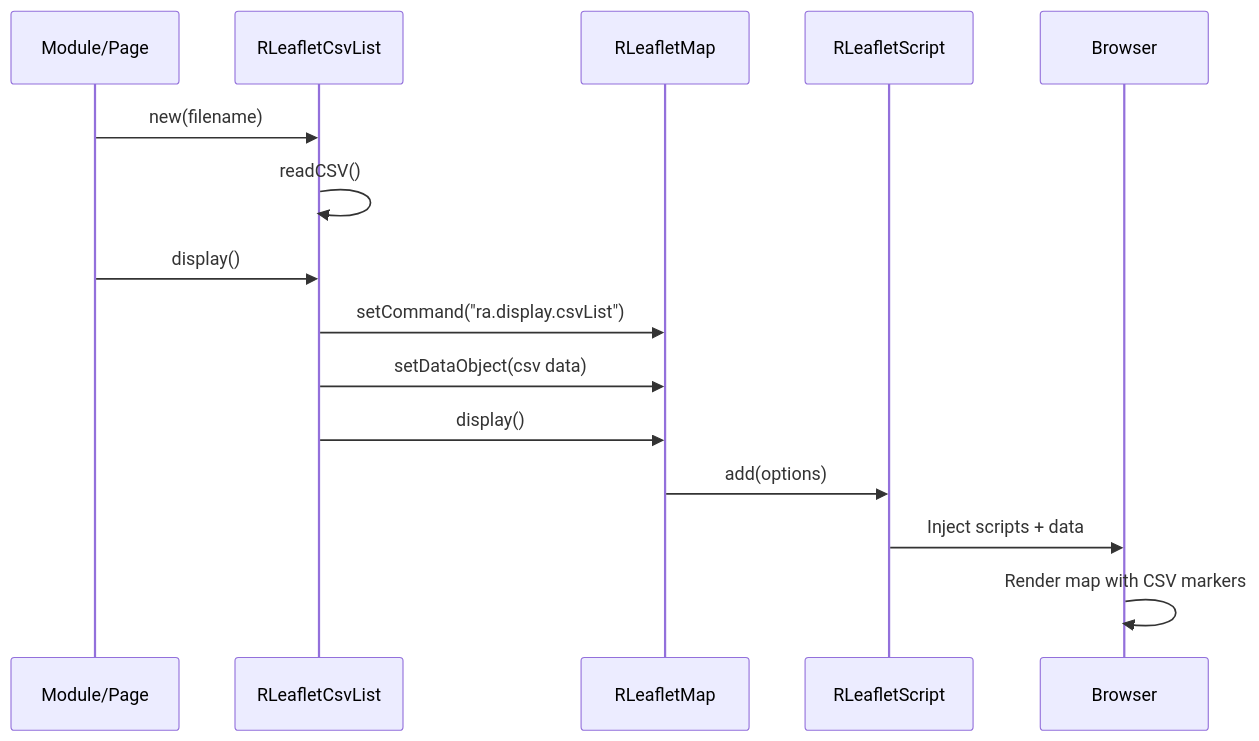
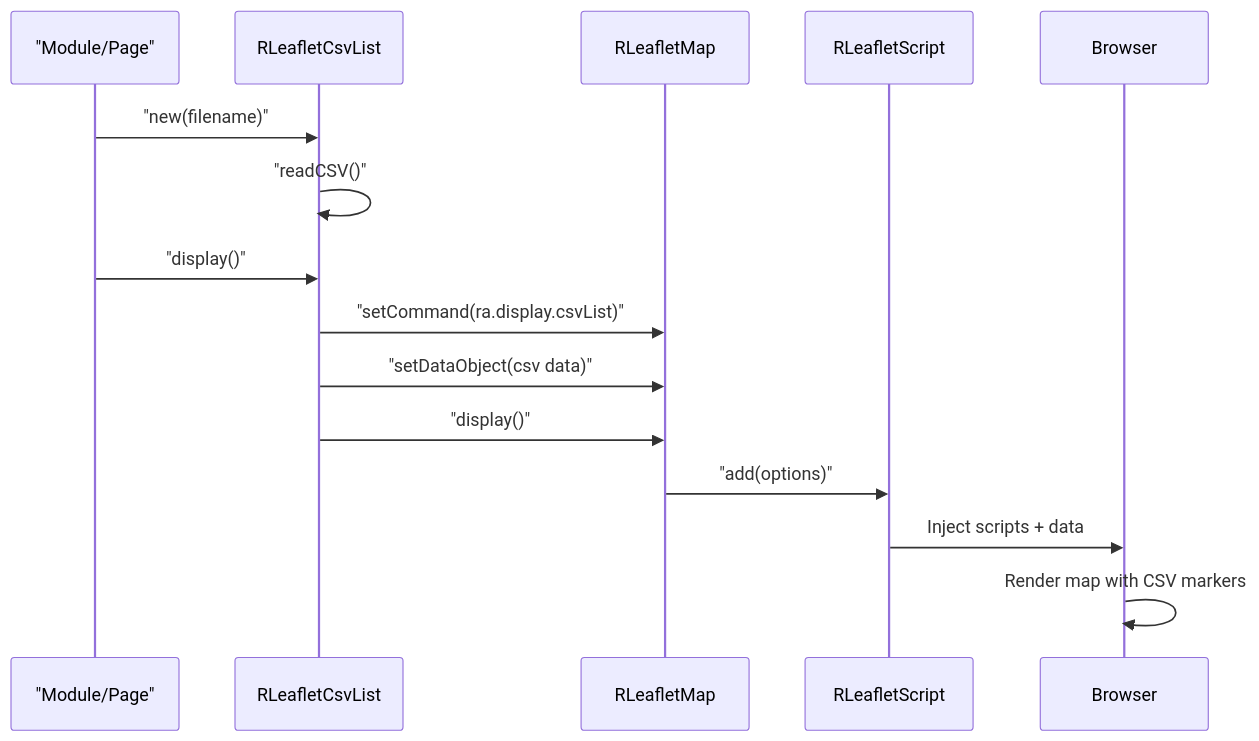
The third of 4 diagrams in leaflet/HLD.md (pauljrhodes/ramblers-library), drawn with Mermaid before and after one commit. The commit also changed other lines of this file and 33 other files, not shown here.

First line of the commit message:
Normalize Mermaid diagrams for GitHub rendering (#13)

````diff
--- a/leaflet/HLD.md
+++ b/leaflet/HLD.md
@@ -251,18 +251,18 @@
 ```mermaid
 sequenceDiagram
-    participant Caller as Module/Page
+    participant Caller as "Module/Page"
     participant CsvList as RLeafletCsvList
     participant Map as RLeafletMap
     participant Script as RLeafletScript
     participant Browser as Browser
 
-    Caller->>CsvList: new(filename)
-    CsvList->>CsvList: readCSV()
-    Caller->>CsvList: display()
-    CsvList->>Map: setCommand("ra.display.csvList")
-    CsvList->>Map: setDataObject(csv data)
-    CsvList->>Map: display()
-    Map->>Script: add(options)
+    Caller->>CsvList: "new(filename)"
+    CsvList->>CsvList: "readCSV()"
+    Caller->>CsvList: "display()"
+    CsvList->>Map: "setCommand(ra.display.csvList)"
+    CsvList->>Map: "setDataObject(csv data)"
+    CsvList->>Map: "display()"
+    Map->>Script: "add(options)"
     Script->>Browser: Inject scripts + data
     Browser->>Browser: Render map with CSV markers
 ```
````
